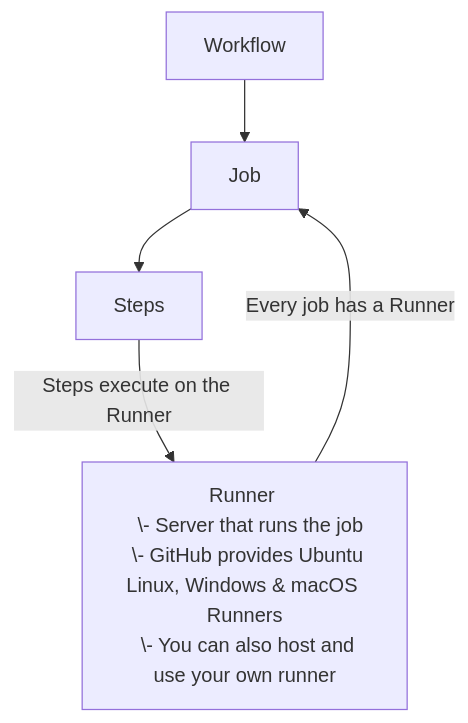
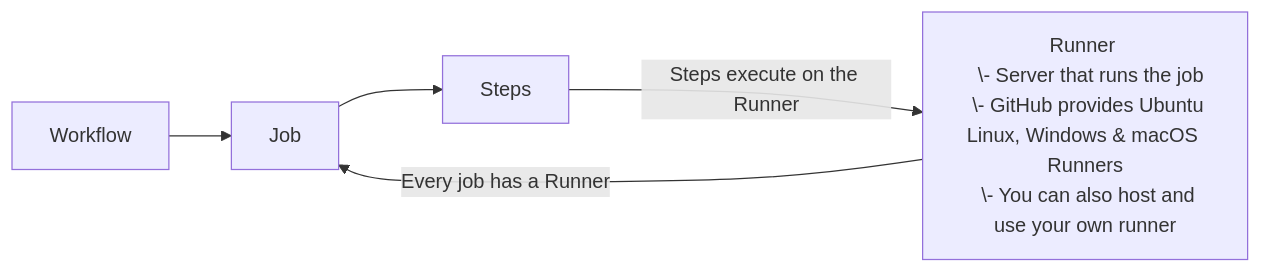
The second of 2 diagrams in content/posts/training/GitHub/2025-github-actions/03-fundamentals/index.md (rtdevx/rtdevx.github.io), drawn with Mermaid before and after one commit.

Commit message:
Obsidian sync: 2025-12-09 10:17:02

```diff
--- a/content/posts/training/GitHub/2025-github-actions/03-fundamentals/index.md
+++ b/content/posts/training/GitHub/2025-github-actions/03-fundamentals/index.md
@@ -182,12 +182,12 @@
 {{< mermaid >}}
-flowchart TD
+flowchart LR
   A[Workflow] --> B[Job]
   B --> C[Steps]
   C -->|Steps execute on the Runner| D[
   Runner 
   \- Server that runs the job
   \- GitHub provides Ubuntu Linux, Windows & macOS Runners
   \- You can also host and use your own runner
   ]
   D -->|Every job has a Runner| B[Job]
 {{< /mermaid >}}
```
